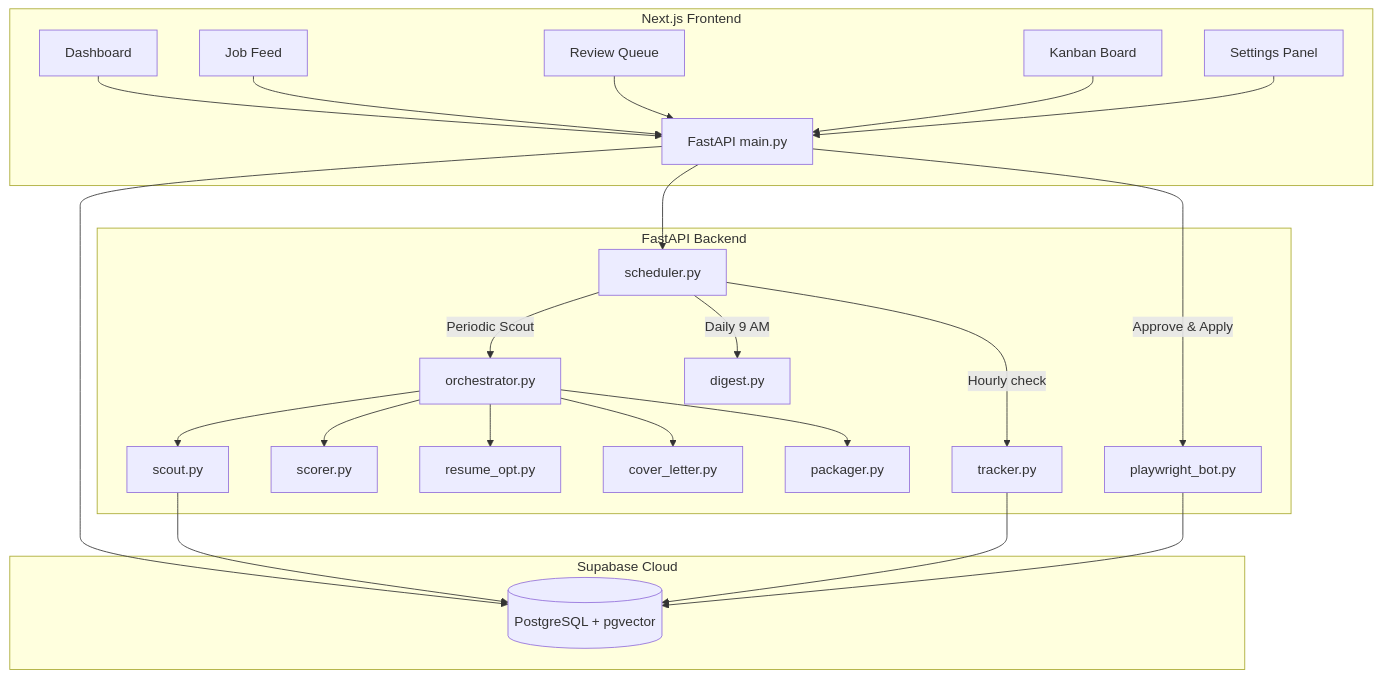
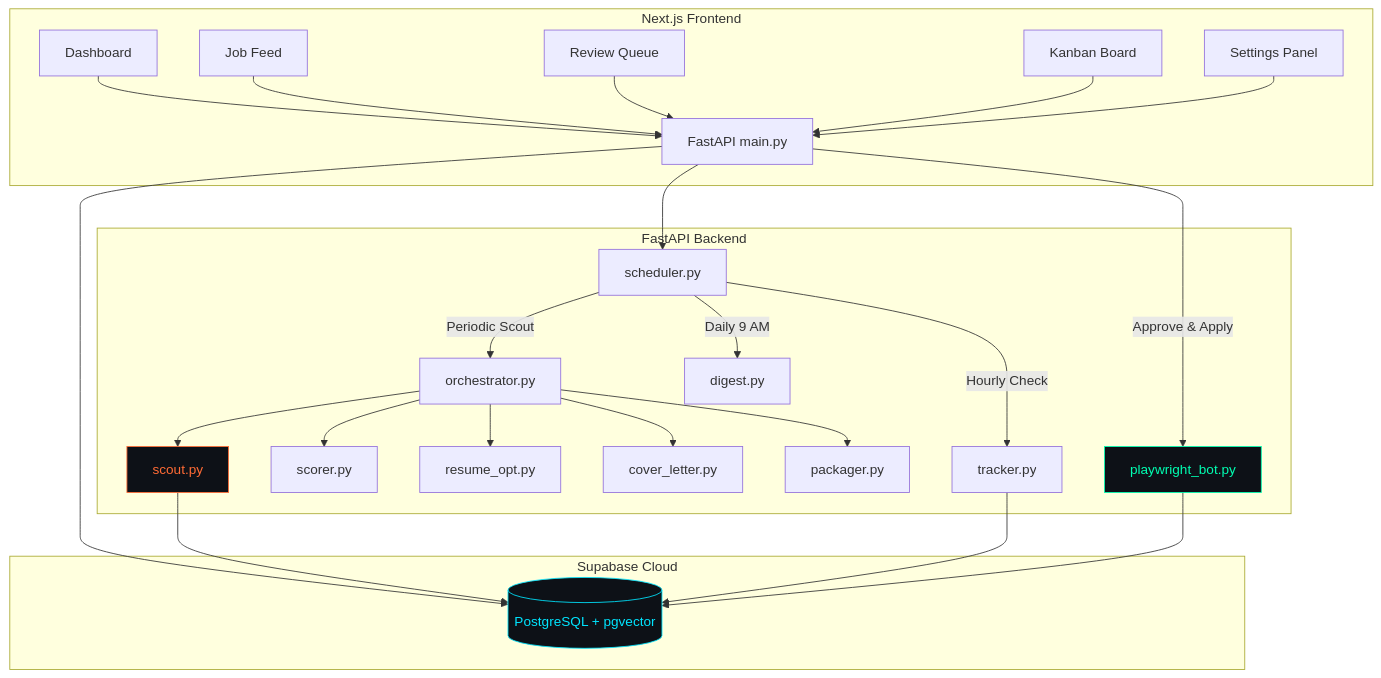
One commit to Rishabh02104/AI_Job_Agent changed the diagram in README.md. Above: the diagram before and after it, drawn with Mermaid. The commit also changed other lines of this file, not shown here.

````diff
--- a/README.md
+++ b/README.md
@@ -9,33 +69,36 @@
 ```mermaid
 graph TD
     subgraph Next.js Frontend
         DB[Dashboard] --> M[FastAPI main.py]
         FD[Job Feed] --> M
         RQ[Review Queue] --> M
         KB[Kanban Board] --> M
         SET[Settings Panel] --> M
     end
 
     subgraph FastAPI Backend
         M --> S[scheduler.py]
         S -->|Periodic Scout| O[orchestrator.py]
         O --> Scout[scout.py]
         O --> Scorer[scorer.py]
         O --> Opt[resume_opt.py]
         O --> CL[cover_letter.py]
         O --> Pkg[packager.py]
         
         M -->|Approve & Apply| Bot[playwright_bot.py]
-        S -->|Hourly check| Trk[tracker.py]
+        S -->|Hourly Check| Trk[tracker.py]
         S -->|Daily 9 AM| Dgt[digest.py]
     end
     
     subgraph Supabase Cloud
         DB_URL[(PostgreSQL + pgvector)]
     end
     
     M --> DB_URL
     Scout --> DB_URL
     Trk --> DB_URL
     Bot --> DB_URL
+    style DB_URL fill:#0d1117,stroke:#00E5FF,color:#00E5FF
+    style Bot fill:#0d1117,stroke:#00FFB2,color:#00FFB2
+    style Scout fill:#0d1117,stroke:#FF6B35,color:#FF6B35
 ```
````
